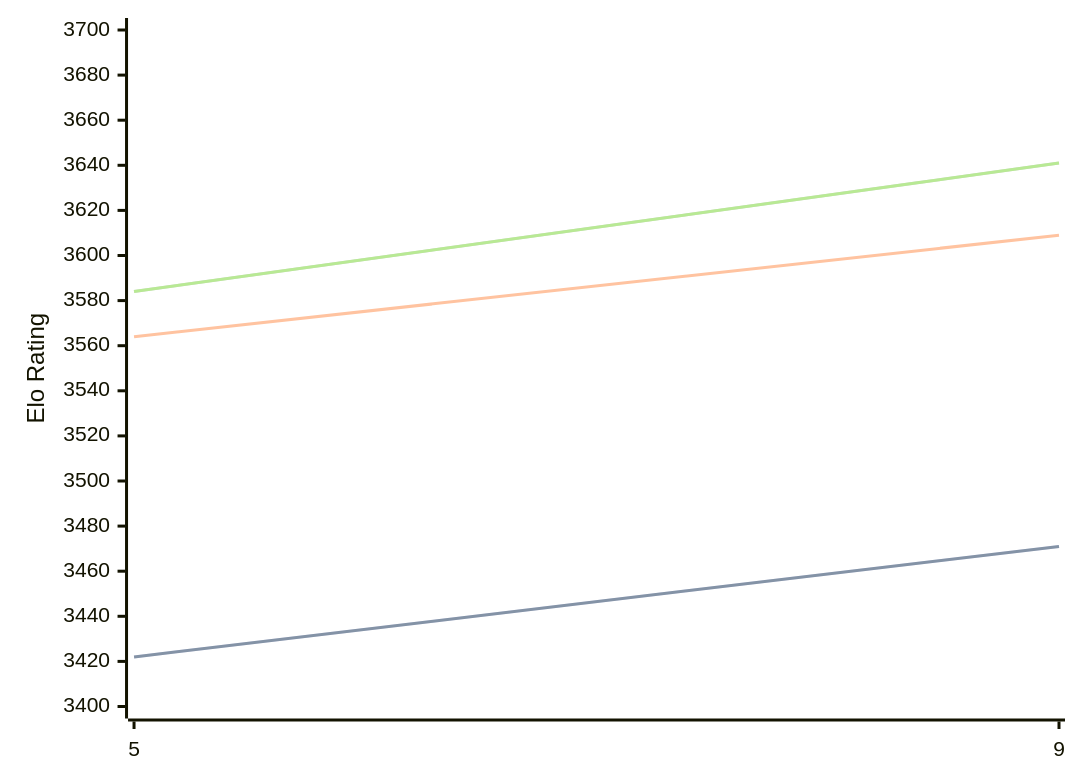
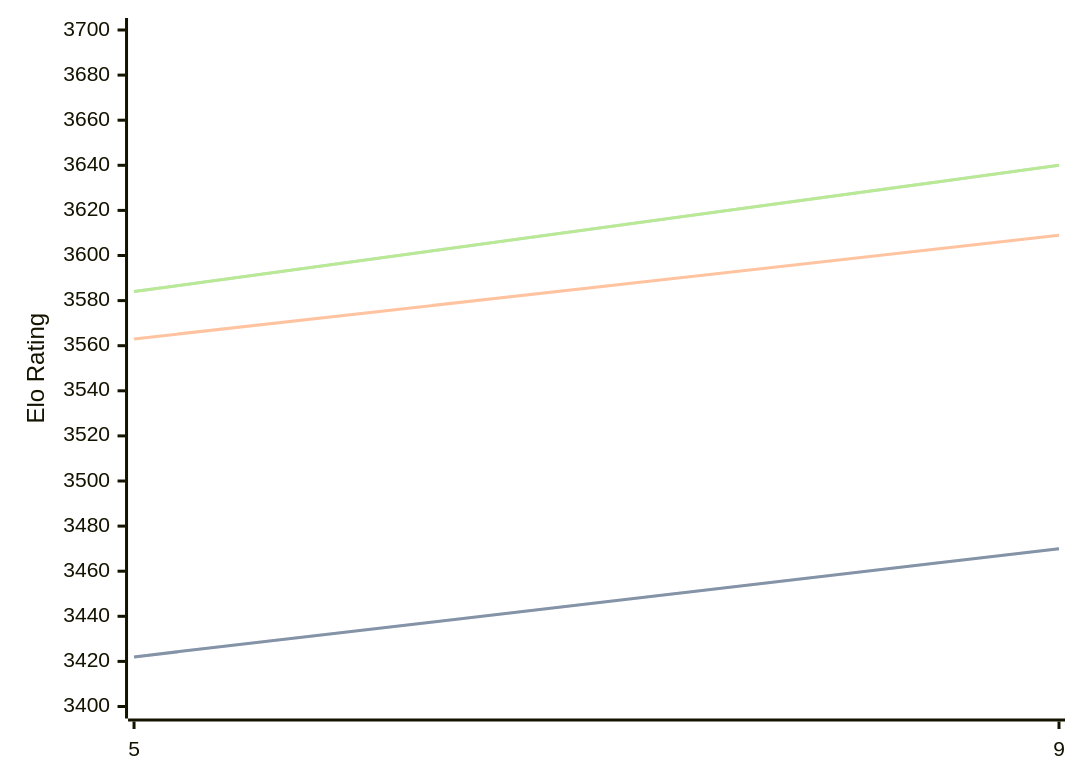
One commit to computer-chess-index/cci changed the diagram in engines/Crystal.md. Above: the diagram before and after it, drawn with Mermaid. The commit also changed other lines of this file, not shown here.

Commit message:
Update CCI Ratings (ELO VLTC) - 2026-02-27

````diff
--- a/engines/Crystal.md
+++ b/engines/Crystal.md
@@ -58,11 +58,11 @@
 ```mermaid
 %%{init: {"theme":"base","themeVariables":{"seriesColors:['#a3a3a3','#222221','#faa371']}}}%%
 xychart-beta
   x-axis ["5", "9"]
   y-axis "Elo Rating" 3400 --> 3700
-  line "STC (8.0+0.08s)" [3422, 3471]
-  line "STC (8.0+0.08s)" [3422, 3471]
-  line "LTC (60.0+0.60s)" [3564, 3609]
-  line "VLTC (2m24s+1.12s)" [3584, 3641]
-  line "VLTC (2m24s+1.12s)" [3584, 3641]
+  line "STC (8.0+0.08s)" [3422, 3470]
+  line "STC (8.0+0.08s)" [3422, 3470]
+  line "LTC (60.0+0.60s)" [3563, 3609]
+  line "VLTC (2m24s+1.12s)" [3584, 3640]
+  line "VLTC (2m24s+1.12s)" [3584, 3640]
 ```
````
